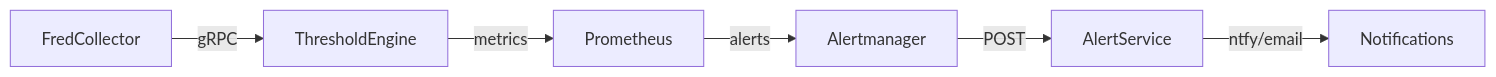
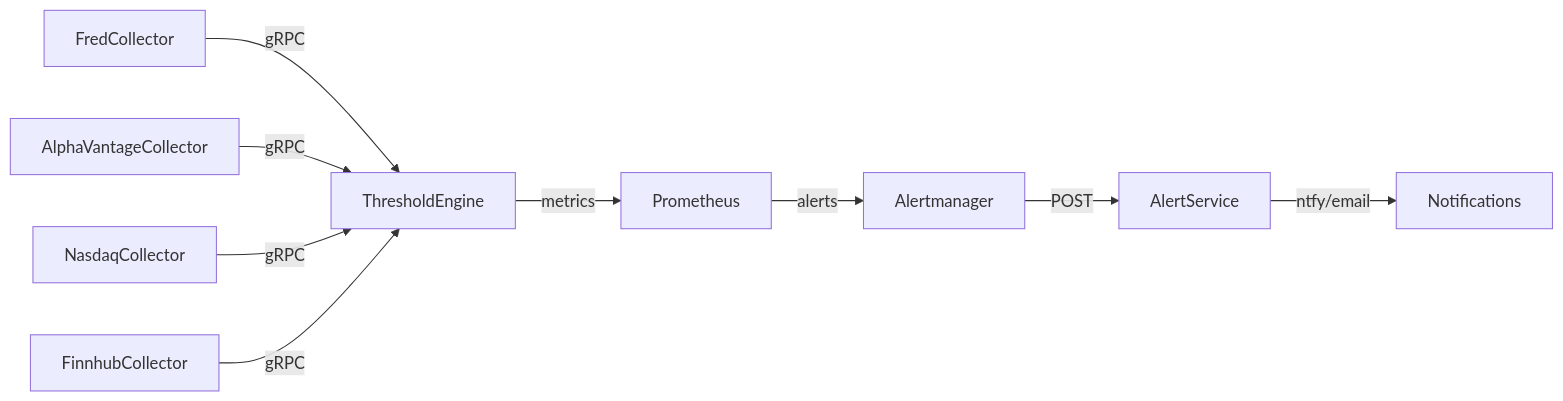
The diagram in STATE.md (jpansarasa/ATLAS-Docs), drawn with Mermaid before and after one commit. The commit also changed other lines of this file and 14 other files, not shown here.

````diff
--- a/STATE.md
+++ b/STATE.md
@@ -159,8 +144,11 @@
 ```mermaid
 flowchart LR
     FC[FredCollector] -->|gRPC| TE[ThresholdEngine]
+    AV[AlphaVantageCollector] -->|gRPC| TE
+    NC[NasdaqCollector] -->|gRPC| TE
+    FH[FinnhubCollector] -->|gRPC| TE
     TE -->|metrics| P[Prometheus]
     P -->|alerts| AM[Alertmanager]
     AM -->|POST| AS[AlertService]
     AS -->|ntfy/email| N[Notifications]
 ```
````
